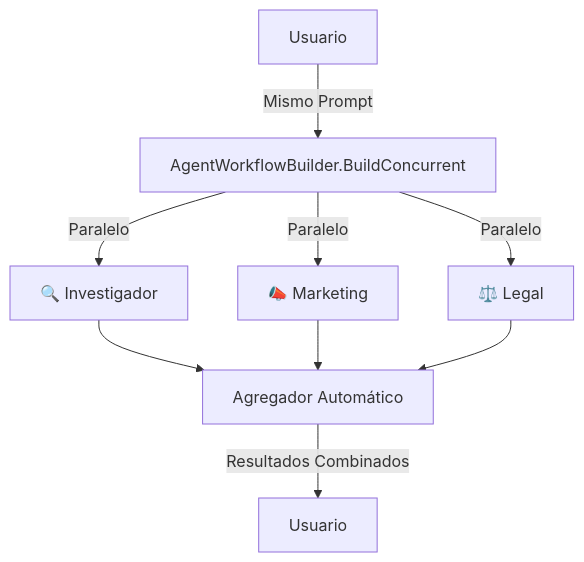
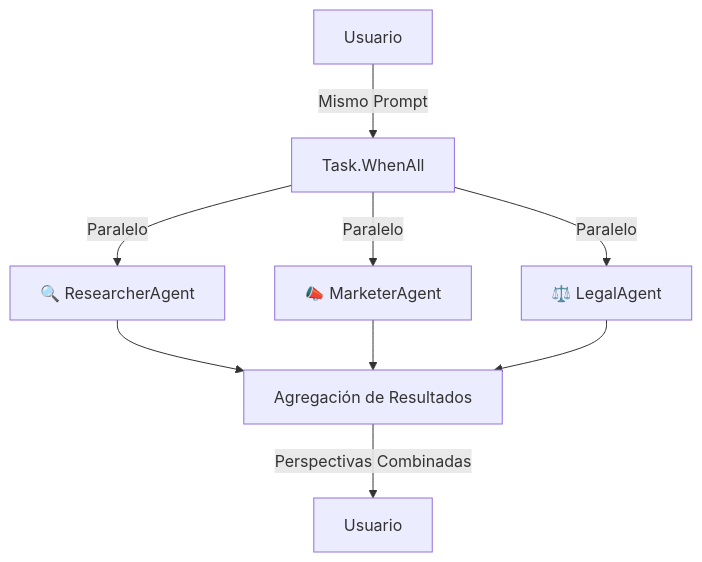
One commit to adiazcan/maf-workshop changed the diagram in docs/modulo-03-workflows/labs/02-parallel/README.md. Above: the diagram before and after it, drawn with Mermaid. The commit also changed other lines of this file and 2 other files, not shown here.

Commit message:
Refactor ParallelWorkflow project files to update package references, enhance README descriptions, and improve code clarity for concurrent execution using Task.WhenAll

````diff
--- a/docs/modulo-03-workflows/labs/02-parallel/README.md
+++ b/docs/modulo-03-workflows/labs/02-parallel/README.md
@@ -18,11 +17,11 @@
 ```mermaid
 graph TD
-    A[Usuario] -->|Mismo Prompt| B[AgentWorkflowBuilder.BuildConcurrent]
-    B -->|Paralelo| C[🔍 Investigador]
-    B -->|Paralelo| D[📣 Marketing]
-    B -->|Paralelo| E[⚖️ Legal]
-    C --> F[Agregador Automático]
+    A[Usuario] -->|Mismo Prompt| B[Task.WhenAll]
+    B -->|Paralelo| C[🔍 ResearcherAgent]
+    B -->|Paralelo| D[📣 MarketerAgent]
+    B -->|Paralelo| E[⚖️ LegalAgent]
+    C --> F[Agregación de Resultados]
     D --> F
     E --> F
-    F -->|Resultados Combinados| G[Usuario]
+    F -->|Perspectivas Combinadas| G[Usuario]
 ```
````
